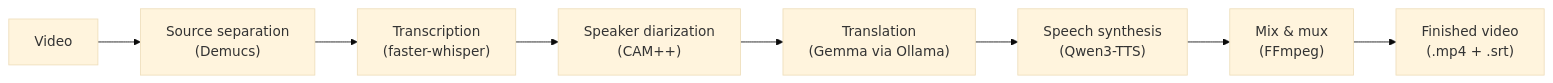
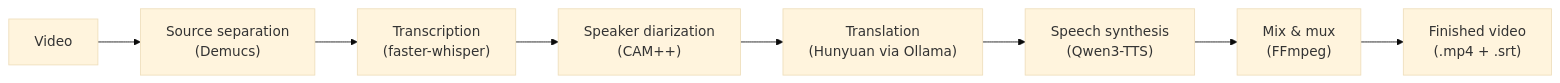
One commit to stronghamjji/PersoDub changed the diagram in README.md. Above: the diagram before and after it, drawn with Mermaid (base theme). The commit also changed other lines of this file and 1 other file, not shown here.

````diff
--- a/README.md
+++ b/README.md
@@ -265,10 +276,10 @@
 ```mermaid
 flowchart LR
     A["Video"] --> B["Source separation<br/>(Demucs)"]
     B --> C["Transcription<br/>(faster-whisper)"]
     C --> D["Speaker diarization<br/>(CAM++)"]
-    D --> E["Translation<br/>(Gemma via Ollama)"]
+    D --> E["Translation<br/>(Hunyuan via Ollama)"]
     E --> F["Speech synthesis<br/>(Qwen3-TTS)"]
     F --> G["Mix &amp; mux<br/>(FFmpeg)"]
     G --> H["Finished video<br/>(.mp4 + .srt)"]
 ```
````
